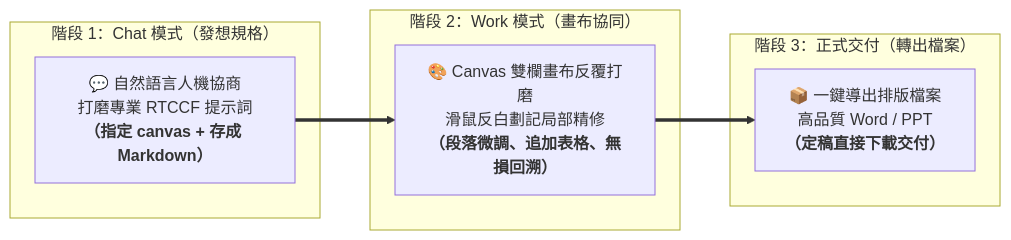
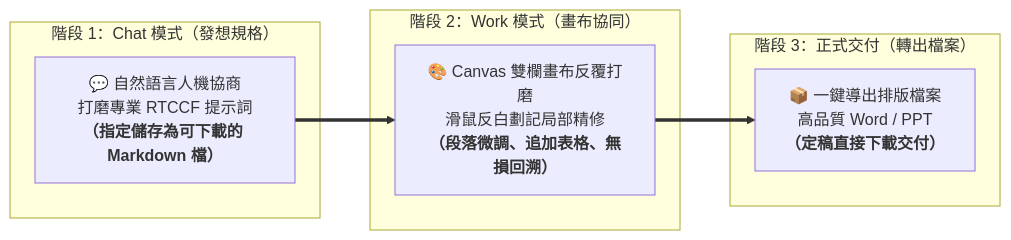
One commit to roberthsu2003/workflow-productivity changed the diagram in chatGPT/03_Canvas/README.md. Above: the diagram before and after it, drawn with Mermaid. The commit also changed other lines of this file, not shown here.

````diff
--- a/chatGPT/03_Canvas/README.md
+++ b/chatGPT/03_Canvas/README.md
@@ -33,13 +33,13 @@
 ```mermaid
 flowchart LR
     subgraph S1["階段 1：Chat 模式（發想規格）"]
-        A["💬 自然語言人機協商<br>打磨專業 RTCCF 提示詞<br><b>（指定 canvas + 存成 Markdown）</b>"]
+        A["💬 自然語言人機協商<br>打磨專業 RTCCF 提示詞<br><b>（指定儲存為可下載的 Markdown 檔）</b>"]
     end
     subgraph S2["階段 2：Work 模式（畫布協同）"]
         B["🎨 Canvas 雙欄畫布反覆打磨<br>滑鼠反白劃記局部精修<br><b>（段落微調、追加表格、無損回溯）</b>"]
     end
     subgraph S3["階段 3：正式交付（轉出檔案）"]
         C["📦 一鍵導出排版檔案<br>高品質 Word / PPT<br><b>（定稿直接下載交付）</b>"]
     end
     A ==> B ==> C
 ```
````
